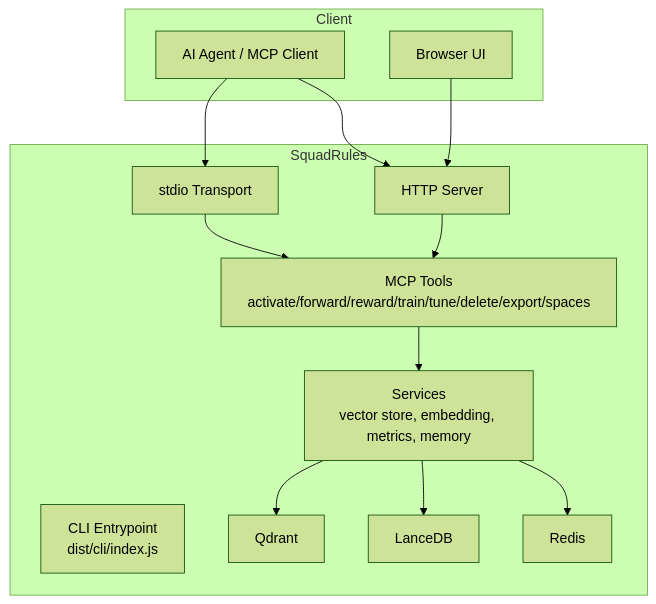
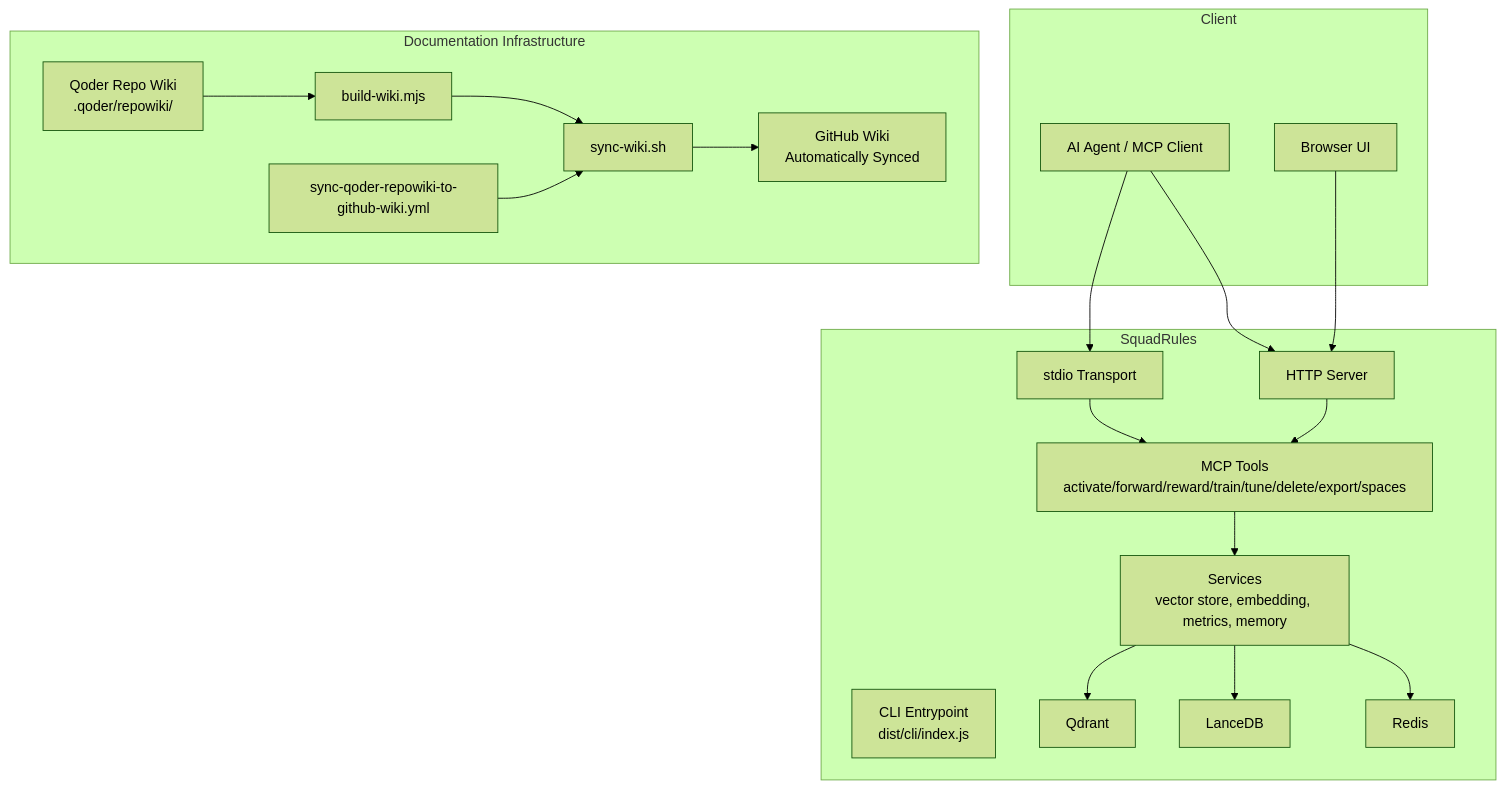
One commit to SquadRules/mcp changed the second of 4 diagrams in .qoder/repowiki/en/content/Development Guide.md. Above: the diagram before and after it, drawn with Mermaid (forest theme). The commit also changed other lines of this file and 2 other files, not shown here.

Commit message:
docs: regenerate wiki content and knowledge index

````diff
--- a/.qoder/repowiki/en/content/Development Guide.md
+++ b/.qoder/repowiki/en/content/Development Guide.md
@@ -87,26 +106,37 @@
 ```mermaid
 graph TB
 subgraph "Client"
 Agent["AI Agent / MCP Client"]
 Browser["Browser UI"]
 end
 subgraph "SquadRules"
 CLI["CLI Entrypoint<br/>dist/cli/index.js"]
 Stdio["stdio Transport"]
 Http["HTTP Server"]
 Tools["MCP Tools<br/>activate/forward/reward/train/tune/delete/export/spaces"]
 Services["Services<br/>vector store, embedding, metrics, memory"]
 StoreQ["Qdrant"]
 StoreL["LanceDB"]
 Cache["Redis"]
 end
+subgraph "Documentation Infrastructure"
+Qoder["Qoder Repo Wiki<br/>.qoder/repowiki/"]
+Builder["build-wiki.mjs"]
+Syncer["sync-wiki.sh"]
+Workflow["sync-qoder-repowiki-to-github-wiki.yml"]
+GitHubWiki["GitHub Wiki<br/>Automatically Synced"]
+end
 Agent --> Stdio
 Agent --> Http
 Browser --> Http
 Http --> Tools
 Stdio --> Tools
 Tools --> Services
 Services --> StoreQ
 Services --> StoreL
 Services --> Cache
+Qoder --> Builder
+Builder --> Syncer
+Workflow --> Syncer
+Syncer --> GitHubWiki
 ```
````
